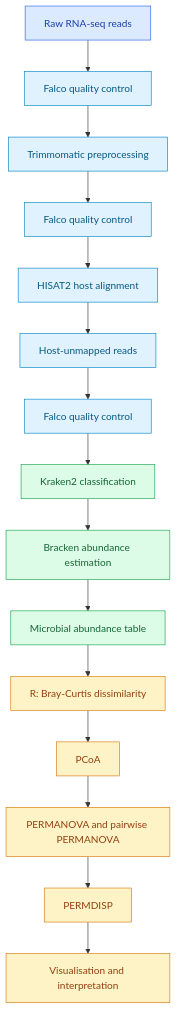
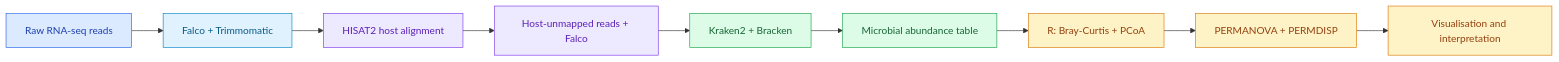
Before and after one commit to chrisweb-eng/host-unmapped-rnaseq-microbial-signatures: the second of 2 diagrams in README.md, drawn with Mermaid. The commit also changed other lines of this file, not shown here.

Commit message:
Improve workflow layout and fix PCoA figure

````diff
--- a/README.md
+++ b/README.md
@@ -71,27 +68,23 @@
 ```mermaid
-flowchart TD
-    A["Raw RNA-seq reads"] --> B["Falco quality control"]
-    B --> C["Trimmomatic preprocessing"]
-    C --> D["Falco quality control"]
-    D --> E["HISAT2 host alignment"]
-    E --> F["Host-unmapped reads"]
-    F --> G["Falco quality control"]
-    G --> H["Kraken2 classification"]
-    H --> I["Bracken abundance estimation"]
-    I --> J["Microbial abundance table"]
-    J --> K["R: Bray-Curtis dissimilarity"]
-    K --> L["PCoA"]
-    L --> M["PERMANOVA and pairwise PERMANOVA"]
-    M --> N["PERMDISP"]
-    N --> O["Visualisation and interpretation"]
+flowchart LR
+    A["Raw RNA-seq reads"] --> B["Falco + Trimmomatic"]
+    B --> C["HISAT2 host alignment"]
+    C --> D["Host-unmapped reads + Falco"]
+    D --> E["Kraken2 + Bracken"]
+    E --> F["Microbial abundance table"]
+    F --> G["R: Bray-Curtis + PCoA"]
+    G --> H["PERMANOVA + PERMDISP"]
+    H --> I["Visualisation and interpretation"]
 
-    classDef input fill:#dbeafe,stroke:#2563eb,color:#1e40af;
-    classDef processing fill:#e0f2fe,stroke:#0284c7,color:#075985;
-    classDef microbial fill:#dcfce7,stroke:#16a34a,color:#166534;
-    classDef analysis fill:#fef3c7,stroke:#d97706,color:#92400e;
+    classDef input fill:#dbeafe,stroke:#2563eb,color:#1e40af
+    classDef qc fill:#e0f2fe,stroke:#0284c7,color:#075985
+    classDef alignment fill:#ede9fe,stroke:#7c3aed,color:#5b21b6
+    classDef microbial fill:#dcfce7,stroke:#16a34a,color:#166534
+    classDef analysis fill:#fef3c7,stroke:#d97706,color:#92400e
 
-    class A input;
-    class B,C,D,E,F,G processing;
-    class H,I,J microbial;
-    class K,L,M,N,O analysis;
+    class A input
+    class B qc
+    class C,D alignment
+    class E,F microbial
+    class G,H,I analysis
 ```
````
